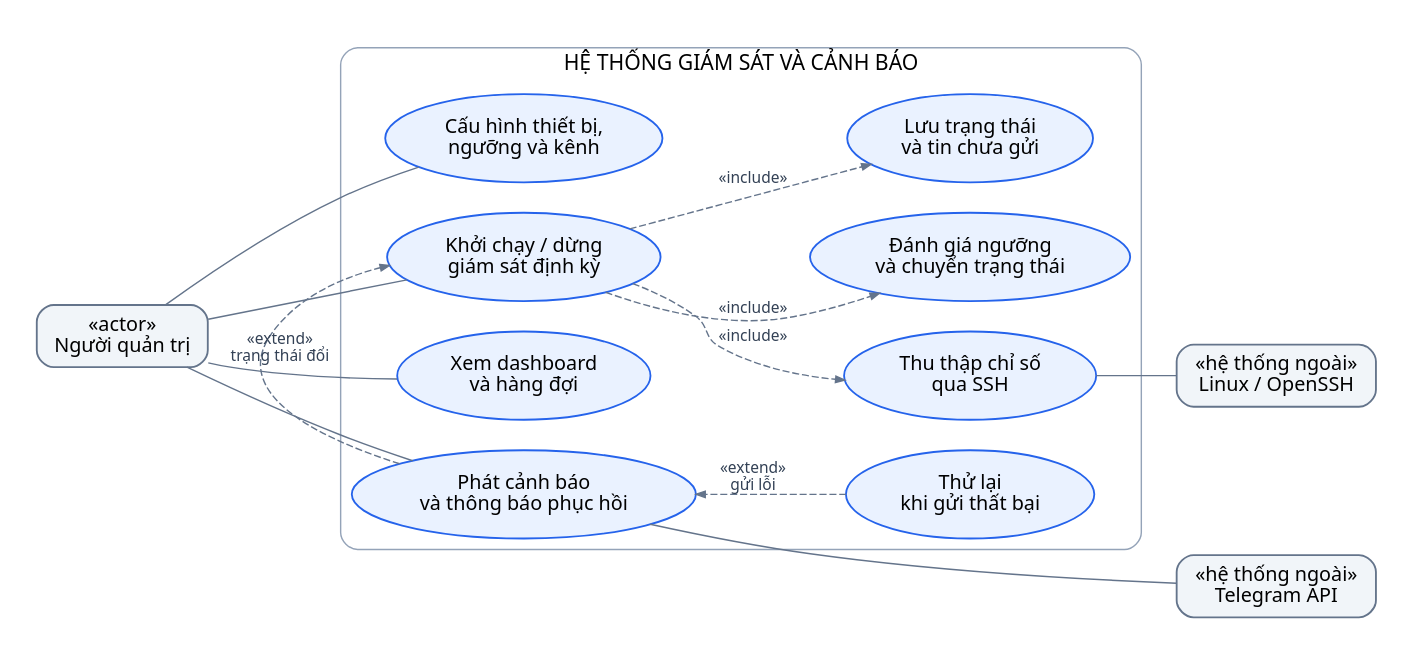
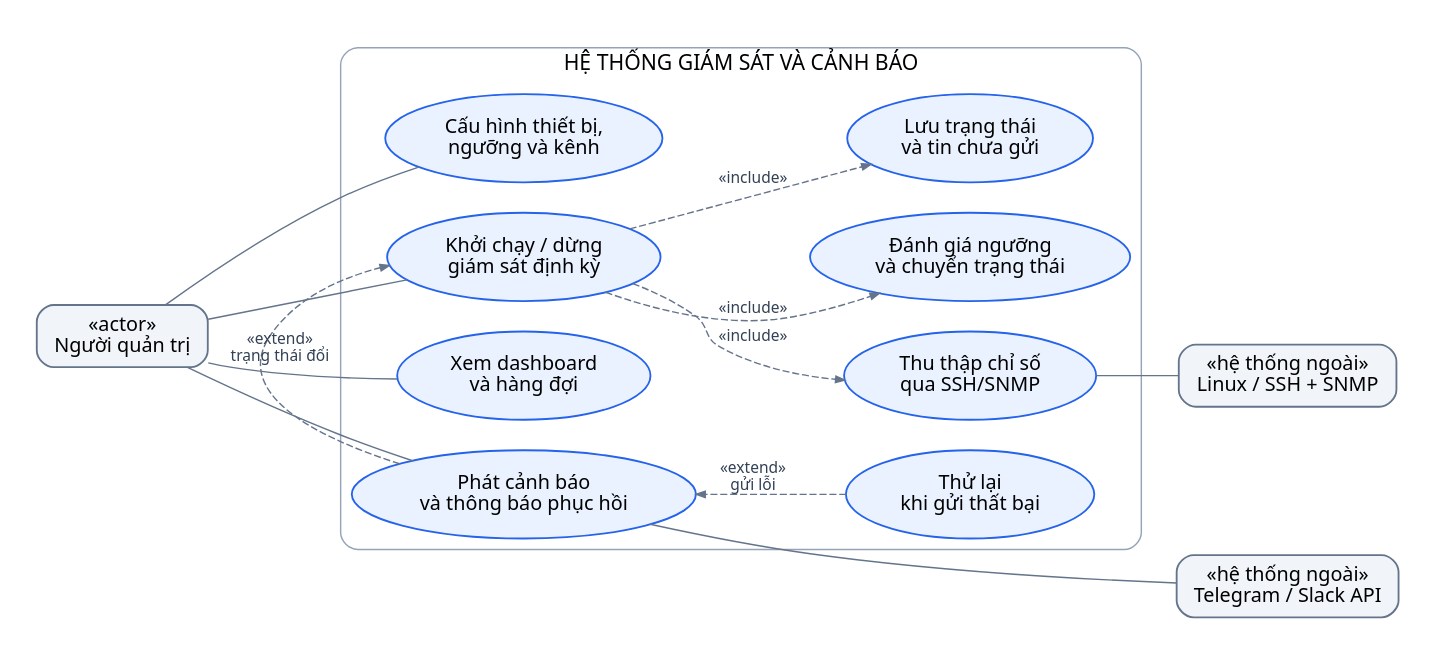
One commit to tunato2807-del/qtmnc changed the diagram in docs/diagrams/source/03-ca-su-dung.dot. Above: the diagram before and after it, drawn with Graphviz. The commit also changed 68 other files, not shown here.

Commit message:
Rebuild monitoring project for GNS3 SSH SNMP lab with detailed Windows guide

```diff
--- a/docs/diagrams/source/03-ca-su-dung.dot
+++ b/docs/diagrams/source/03-ca-su-dung.dot
@@ -1,34 +1,34 @@
 digraph G {
  graph [rankdir=LR,bgcolor="white",pad=".25",nodesep=".3",ranksep=".45",fontname="Noto Sans",fontsize=16];
  node [shape=ellipse,style=filled,fillcolor="#eaf2ff",color="#2563eb",fontname="Noto Sans",fontsize=14,margin=".17,.1",penwidth=1.3];
  edge [fontname="Noto Sans",fontsize=11,color="#64748b",fontcolor="#334155",arrowsize=.65];
  admin [shape=box,style="rounded,filled",label="«actor»\nNgười quản trị",fillcolor="#f1f5f9",color="#64748b"];
- linux [shape=box,style="rounded,filled",label="«hệ thống ngoài»\nLinux / OpenSSH",fillcolor="#f1f5f9",color="#64748b"];
- telegram [shape=box,style="rounded,filled",label="«hệ thống ngoài»\nTelegram API",fillcolor="#f1f5f9",color="#64748b"];
+ linux [shape=box,style="rounded,filled",label="«hệ thống ngoài»\nLinux / SSH + SNMP",fillcolor="#f1f5f9",color="#64748b"];
+ telegram [shape=box,style="rounded,filled",label="«hệ thống ngoài»\nTelegram / Slack API",fillcolor="#f1f5f9",color="#64748b"];
  subgraph cluster_system {
   label="HỆ THỐNG GIÁM SÁT VÀ CẢNH BÁO"; style="rounded"; color="#94a3b8"; fontname="Noto Sans"; fontsize=15;
   config [label="Cấu hình thiết bị,\nngưỡng và kênh"];
   monitor [label="Khởi chạy / dừng\ngiám sát định kỳ"];
   view [label="Xem dashboard\nvà hàng đợi"];
-  collect [label="Thu thập chỉ số\nqua SSH"];
+  collect [label="Thu thập chỉ số\nqua SSH/SNMP"];
   evaluate [label="Đánh giá ngưỡng\nvà chuyển trạng thái"];
   persist [label="Lưu trạng thái\nvà tin chưa gửi"];
   notify [label="Phát cảnh báo\nvà thông báo phục hồi"];
   retry [label="Thử lại\nkhi gửi thất bại"];
   {rank=same; config; monitor; view; notify;}
   {rank=same; collect; evaluate; persist; retry;}
   monitor -> collect [label="«include»",style=dashed,constraint=false];
   monitor -> evaluate [label="«include»",style=dashed,constraint=false];
   monitor -> persist [label="«include»",style=dashed,constraint=false];
   notify -> monitor [label="«extend»\ntrạng thái đổi",style=dashed,constraint=false];
   retry -> notify [label="«extend»\ngửi lỗi",style=dashed,constraint=false];
   config -> collect [style=invis];
  }
  admin -> config [dir=none];
  admin -> monitor [dir=none];
  admin -> view [dir=none];
  admin -> notify [dir=none];
  collect -> linux [dir=none];
  notify -> telegram [dir=none];
  {rank=same; linux; telegram;}
 }
```
